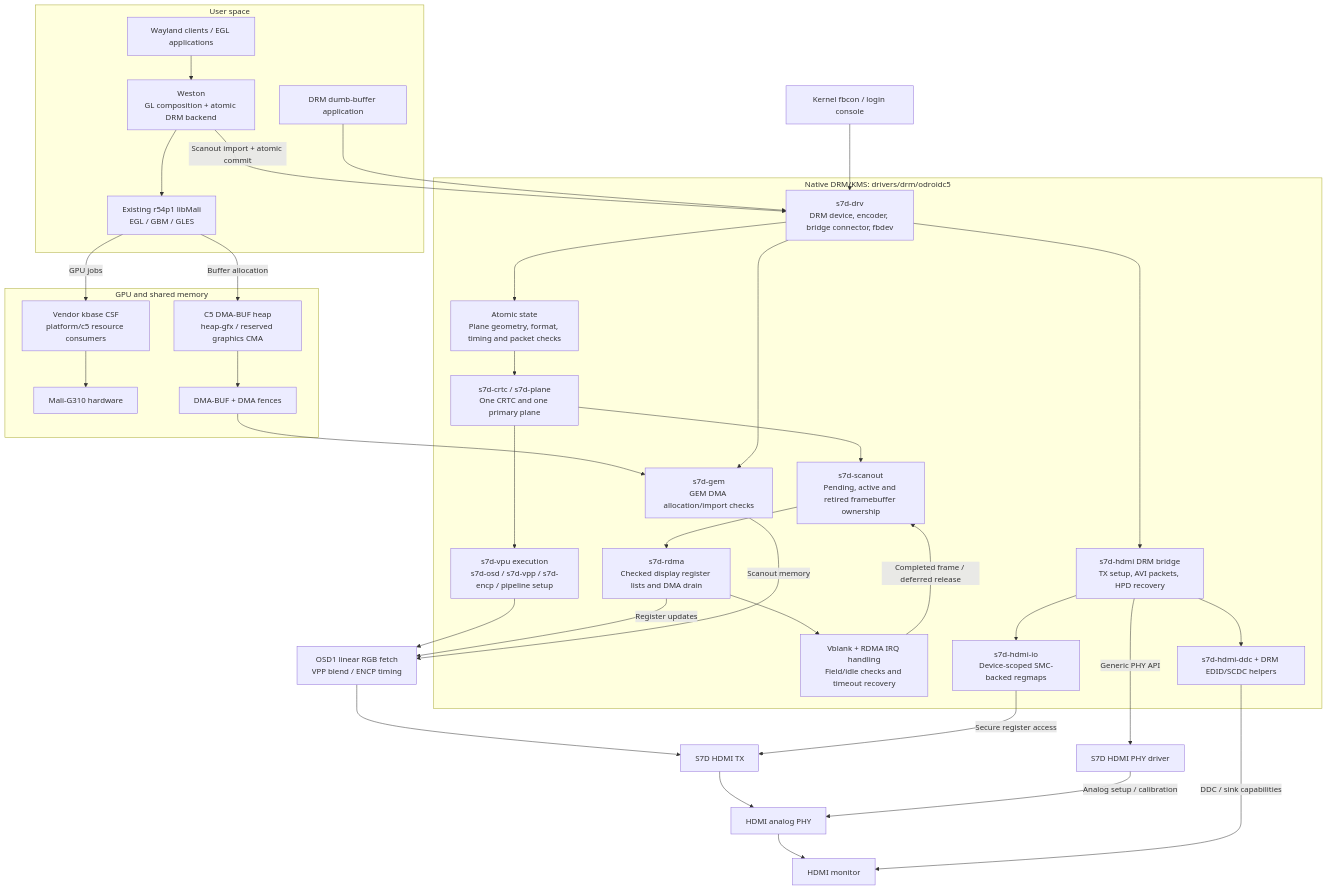
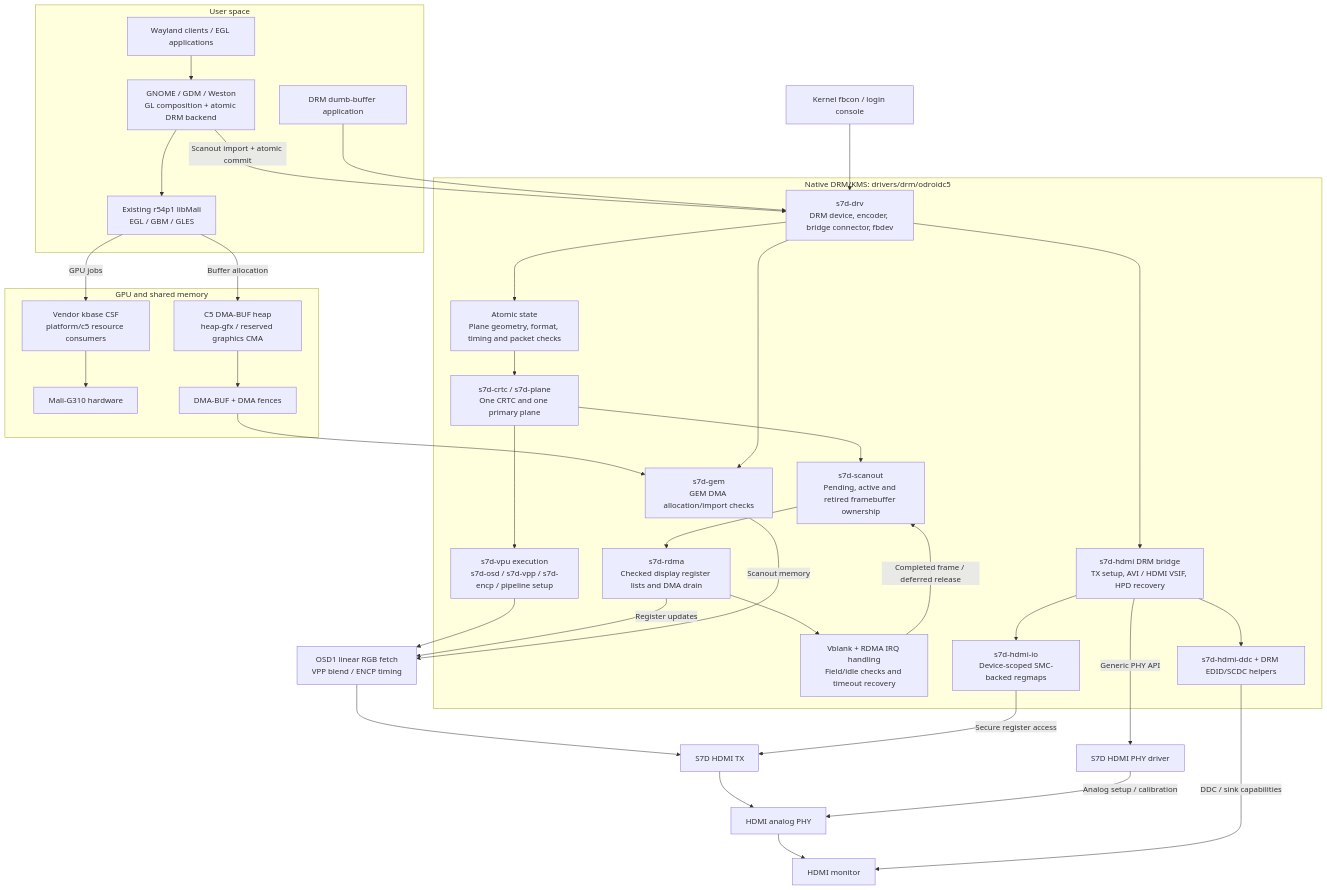
Before and after one commit to shinys000114/common_drivers: the second of 5 diagrams in README.md, drawn with Mermaid. The commit also changed other lines of this file, not shown here.

````diff
--- a/README.md
+++ b/README.md
@@ -178,60 +183,60 @@
 ```mermaid
 flowchart TB
     subgraph new_users[User space]
         new_client["Wayland clients / EGL applications"]
-        new_weston["Weston<br/>GL composition + atomic DRM backend"]
+        new_weston["GNOME / GDM / Weston<br/>GL composition + atomic DRM backend"]
         new_libmali["Existing r54p1 libMali<br/>EGL / GBM / GLES"]
         new_dumb["DRM dumb-buffer application"]
     end
 
     subgraph new_memory[GPU and shared memory]
         new_kbase["Vendor kbase CSF<br/>platform/c5 resource consumers"]
         new_gpu["Mali-G310 hardware"]
         new_heap["C5 DMA-BUF heap<br/>heap-gfx / reserved graphics CMA"]
         new_buf["DMA-BUF + DMA fences"]
     end
 
     subgraph new_drm["Native DRM/KMS: drivers/drm/odroidc5"]
         new_master["s7d-drv<br/>DRM device, encoder, bridge connector, fbdev"]
         new_gem["s7d-gem<br/>GEM DMA allocation/import checks"]
         new_check["Atomic state<br/>Plane geometry, format, timing and packet checks"]
         new_crtc["s7d-crtc / s7d-plane<br/>One CRTC and one primary plane"]
         new_scanout["s7d-scanout<br/>Pending, active and retired framebuffer ownership"]
         new_vpu["s7d-vpu execution<br/>s7d-osd / s7d-vpp / s7d-encp / pipeline setup"]
         new_rdma["s7d-rdma<br/>Checked display register lists and DMA drain"]
         new_irq["Vblank + RDMA IRQ handling<br/>Field/idle checks and timeout recovery"]
-        new_bridge["s7d-hdmi DRM bridge<br/>TX setup, AVI packets, HPD recovery"]
+        new_bridge["s7d-hdmi DRM bridge<br/>TX setup, AVI / HDMI VSIF, HPD recovery"]
         new_ddc["s7d-hdmi-ddc + DRM EDID/SCDC helpers"]
         new_io["s7d-hdmi-io<br/>Device-scoped SMC-backed regmaps"]
     end
 
     new_client --> new_weston
     new_weston --> new_libmali
     new_libmali -->|"GPU jobs"| new_kbase --> new_gpu
     new_libmali -->|"Buffer allocation"| new_heap --> new_buf
     new_weston -->|"Scanout import + atomic commit"| new_master
     new_buf --> new_gem
     new_dumb --> new_master
     new_console["Kernel fbcon / login console"] --> new_master
     new_master --> new_gem
     new_master --> new_check --> new_crtc
     new_crtc --> new_scanout
     new_crtc --> new_vpu
     new_scanout --> new_rdma
     new_rdma --> new_irq
     new_irq -->|"Completed frame / deferred release"| new_scanout
     new_master --> new_bridge
     new_bridge --> new_ddc
     new_bridge --> new_io
 
     new_vpu --> new_osdhw["OSD1 linear RGB fetch<br/>VPP blend / ENCP timing"]
     new_rdma -->|"Register updates"| new_osdhw
     new_gem -->|"Scanout memory"| new_osdhw
     new_osdhw --> new_txhw["S7D HDMI TX"]
     new_io -->|"Secure register access"| new_txhw
     new_bridge -->|"Generic PHY API"| new_phy["S7D HDMI PHY driver"]
     new_txhw --> new_analog["HDMI analog PHY"]
     new_phy -->|"Analog setup / calibration"| new_analog
     new_analog --> new_monitor["HDMI monitor"]
     new_ddc -->|"DDC / sink capabilities"| new_monitor
 ```
````
